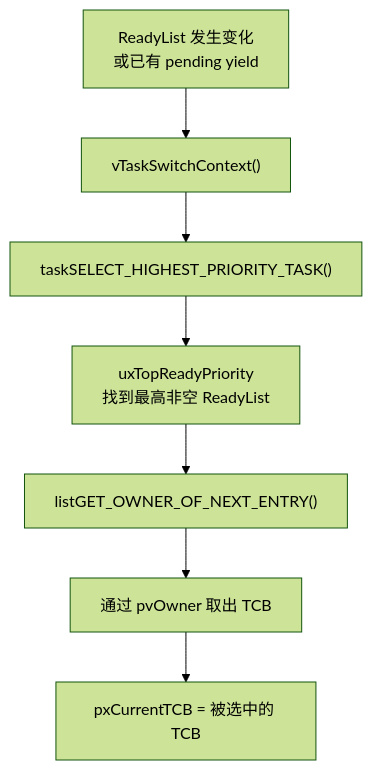
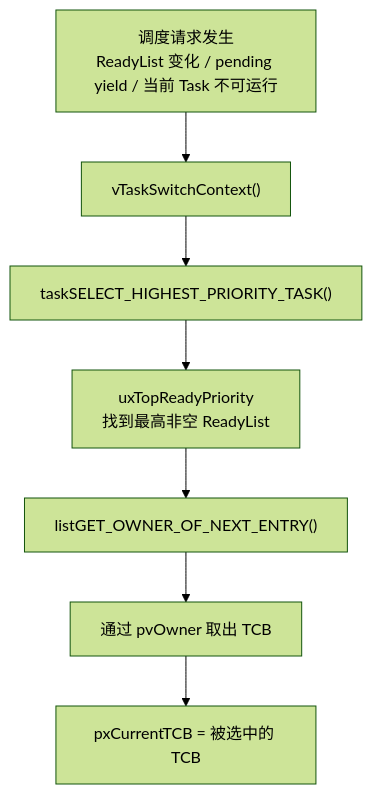
One commit to redamacy/embedded-system-notes changed the seventh of 9 diagrams in RTOS/003_FreeRTOS_Scheduler_ReadyList_Deep_Dive.md. Above: the diagram before and after it, drawn with Mermaid (forest theme). The commit also changed other lines of this file, not shown here.

````diff
--- a/RTOS/003_FreeRTOS_Scheduler_ReadyList_Deep_Dive.md
+++ b/RTOS/003_FreeRTOS_Scheduler_ReadyList_Deep_Dive.md
@@ -883,9 +1427,9 @@
 ```mermaid
 flowchart TD
-    A["ReadyList 发生变化<br/>或已有 pending yield"] --> B["vTaskSwitchContext()"]
+    A["调度请求发生<br/>ReadyList 变化 / pending yield / 当前 Task 不可运行"] --> B["vTaskSwitchContext()"]
     B --> C["taskSELECT_HIGHEST_PRIORITY_TASK()"]
     C --> D["uxTopReadyPriority<br/>找到最高非空 ReadyList"]
     D --> E["listGET_OWNER_OF_NEXT_ENTRY()"]
     E --> F["通过 pvOwner 取出 TCB"]
     F --> G["pxCurrentTCB = 被选中的 TCB"]
 ```
````
